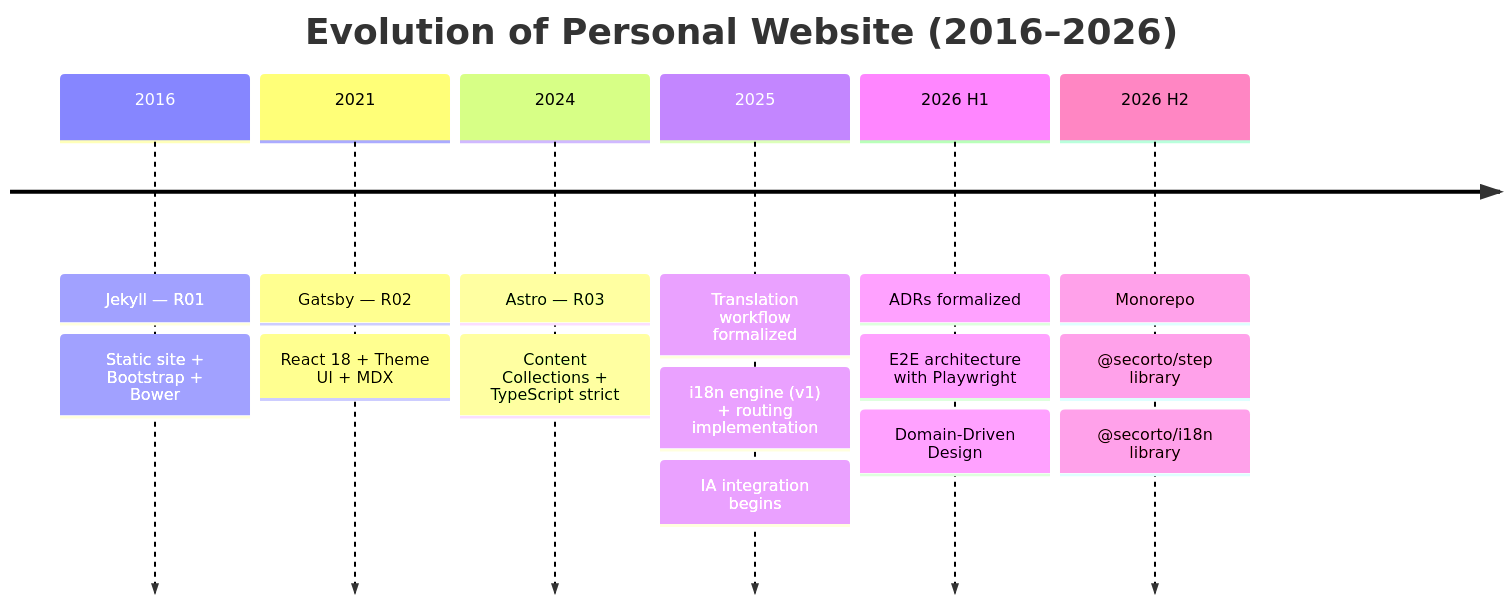
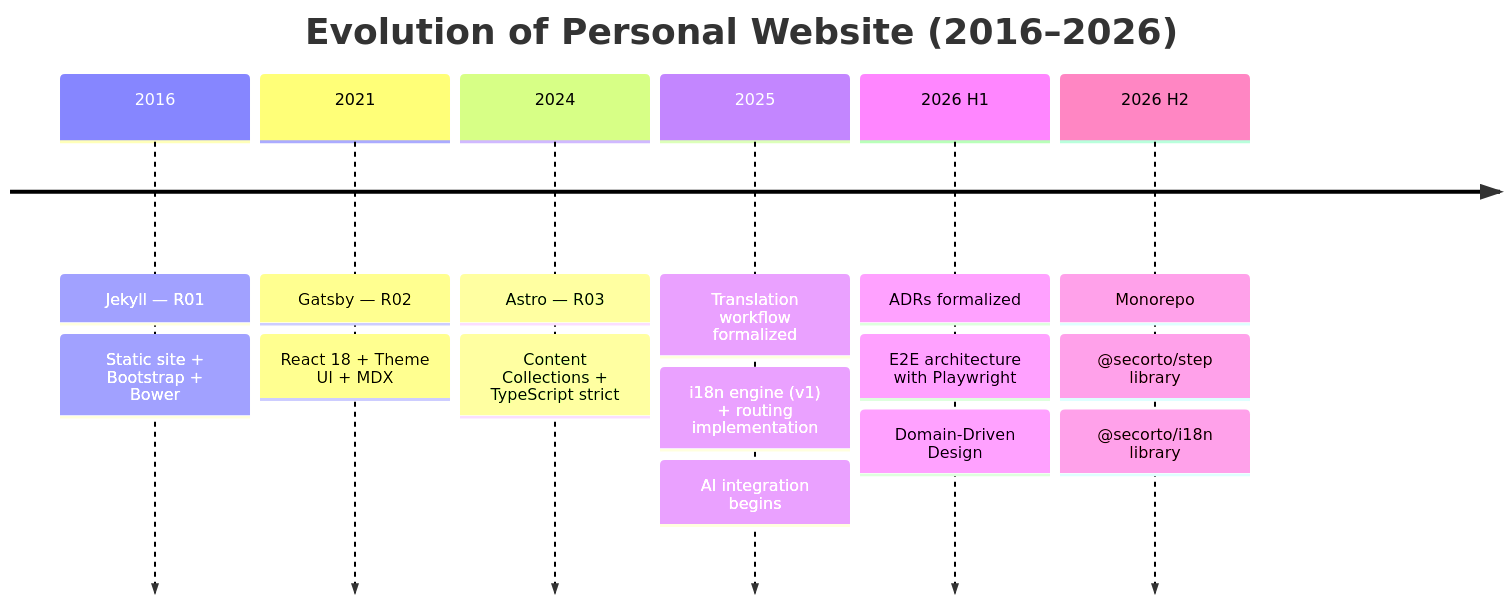
Before and after one commit to secorto/secorto_web: the diagram in apps/web/src/content/blog/en/2026-09-21-ten-years-of-jamstack.md, drawn with Mermaid. The commit also changed 1 other file, not shown here.

Commit message:
Minor fixes to pr findings

````diff
--- a/apps/web/src/content/blog/en/2026-09-21-ten-years-of-jamstack.md
+++ b/apps/web/src/content/blog/en/2026-09-21-ten-years-of-jamstack.md
@@ -115,25 +115,25 @@
 ```mermaid
 timeline
     title Evolution of Personal Website (2016–2026)
 
     2016 : Jekyll — R01
            : Static site + Bootstrap + Bower
 
     2021 : Gatsby — R02
            : React 18 + Theme UI + MDX
 
     2024 : Astro — R03
            : Content Collections + TypeScript strict
 
     2025 : Translation workflow formalized
            : i18n engine (v1) + routing implementation
-           : IA integration begins
+           : AI integration begins
 
     2026 H1 : ADRs formalized
             : E2E architecture with Playwright
             : Domain-Driven Design
 
     2026 H2 : Monorepo
             : @secorto/step library
             : @secorto/i18n library
 ```
````
